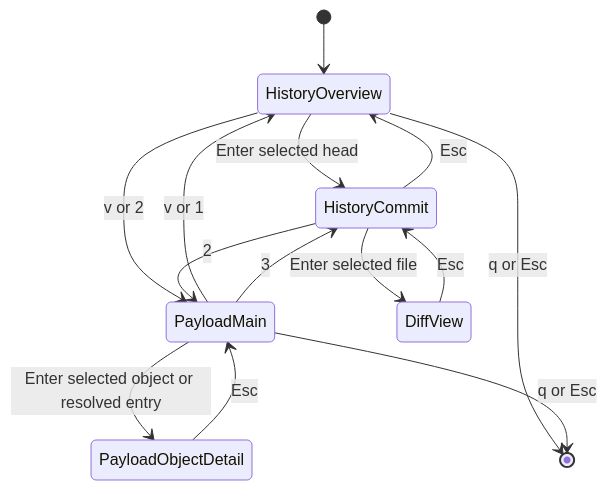
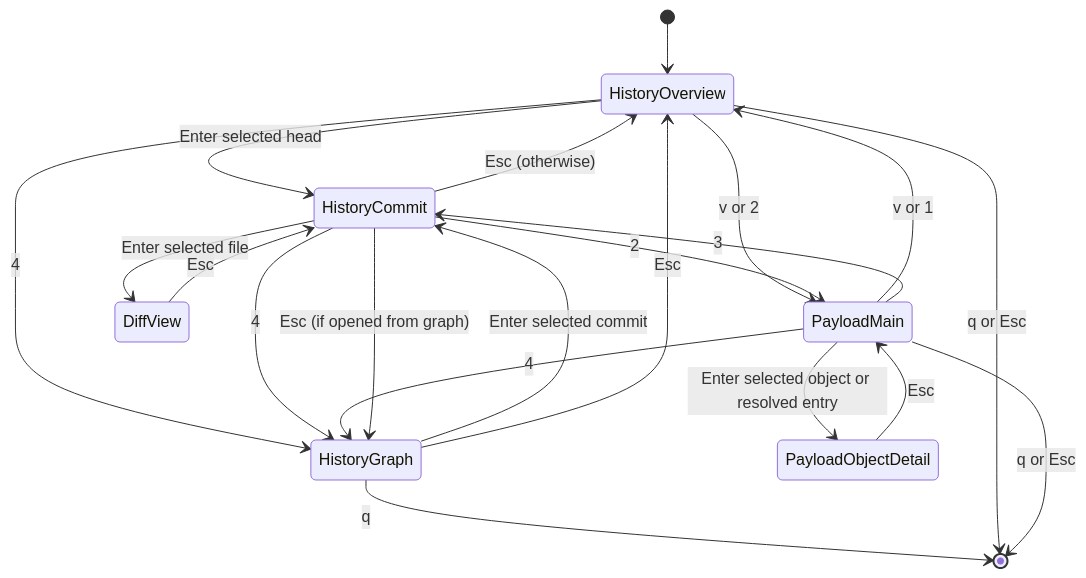
Diagram 13 of 14 in docs/SDD_SAD.md (daredem0/git-sync), drawn with Mermaid before and after one commit. The commit also changed other lines of this file and 1 other file, not shown here.

````diff
--- a/docs/SDD_SAD.md
+++ b/docs/SDD_SAD.md
@@ -838,16 +841,23 @@
 ```mermaid
 stateDiagram-v2
     [*] --> HistoryOverview
     HistoryOverview --> HistoryCommit: Enter selected head
+    HistoryOverview --> HistoryGraph: 4
     HistoryOverview --> PayloadMain: v or 2
+    HistoryCommit --> HistoryGraph: 4
     HistoryCommit --> PayloadMain: 2
     PayloadMain --> HistoryOverview: v or 1
     PayloadMain --> HistoryCommit: 3
+    PayloadMain --> HistoryGraph: 4
+    HistoryGraph --> HistoryCommit: Enter selected commit
+    HistoryGraph --> HistoryOverview: Esc
+    HistoryGraph --> [*]: q
     HistoryCommit --> DiffView: Enter selected file
     DiffView --> HistoryCommit: Esc
     PayloadMain --> PayloadObjectDetail: Enter selected object or resolved entry
     PayloadObjectDetail --> PayloadMain: Esc
-    HistoryCommit --> HistoryOverview: Esc
+    HistoryCommit --> HistoryGraph: Esc (if opened from graph)
+    HistoryCommit --> HistoryOverview: Esc (otherwise)
     HistoryOverview --> [*]: q or Esc
     PayloadMain --> [*]: q or Esc
 ```
````
